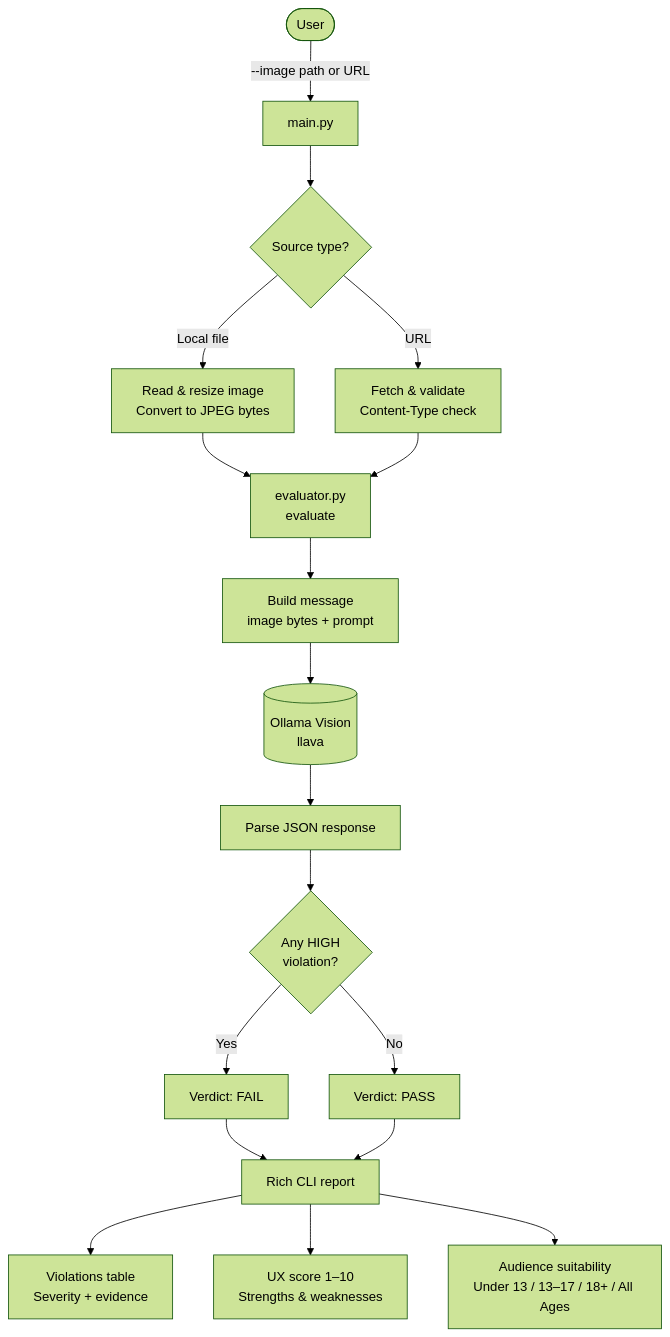
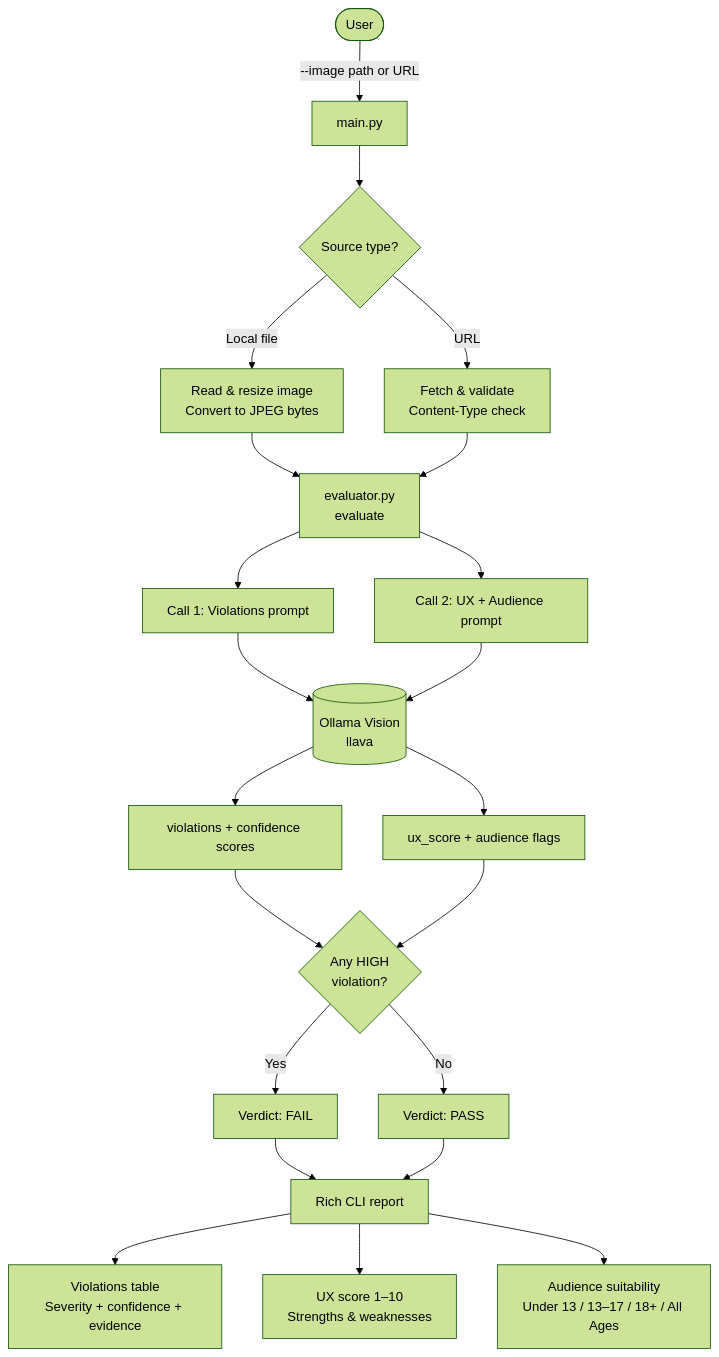
Before and after one commit to steadhac/ad-image-evaluator: the diagram in README.md, drawn with Mermaid (forest theme). The commit also changed other lines of this file and 2 other files, not shown here.

Commit message:
Split evaluation into two model calls and add confidence scores
- Replace single prompt with PROMPT_VIOLATIONS and PROMPT_UX so each
  call has a narrower, more focused task
- Add confidence field (0.0–1.0) per violation; verdict is now computed
  from policies.HIGH_RISK instead of being returned by the model
- Add Confidence column to the violations table in main.py
- Add docstrings and inline comments to evaluator.py and main.py
- Update README to reflect two-call flow and confidence scores,
  including updated Mermaid flowchart

````diff
--- a/README.md
+++ b/README.md
@@ -48,27 +48,31 @@
 ```mermaid
 flowchart TD
     A([User]) -->|"--image path or URL"| B[main.py]
 
     B --> C{Source type?}
     C -->|Local file| D[Read & resize image\nConvert to JPEG bytes]
     C -->|URL| E[Fetch & validate\nContent-Type check]
 
     D --> F[evaluator.py\nevaluate]
     E --> F
 
-    F --> G[Build message\nimage bytes + prompt]
-    G --> H[(Ollama Vision\nllava)]
+    F --> G1[Call 1: Violations prompt]
+    G1 --> H[(Ollama Vision\nllava)]
+    H --> I1[violations + confidence scores]
 
-    H --> I[Parse JSON response]
+    F --> G2[Call 2: UX + Audience prompt]
+    G2 --> H
+    H --> I2[ux_score + audience flags]
 
-    I --> J{Any HIGH\nviolation?}
+    I1 --> J{Any HIGH\nviolation?}
+    I2 --> J
     J -->|Yes| K[Verdict: FAIL]
     J -->|No| L[Verdict: PASS]
 
     K --> M[Rich CLI report]
     L --> M
 
-    M --> N[Violations table\nSeverity + evidence]
+    M --> N[Violations table\nSeverity + confidence + evidence]
     M --> O[UX score 1–10\nStrengths & weaknesses]
     M --> P[Audience suitability\nUnder 13 / 13–17 / 18+ / All Ages]
 ```
````
